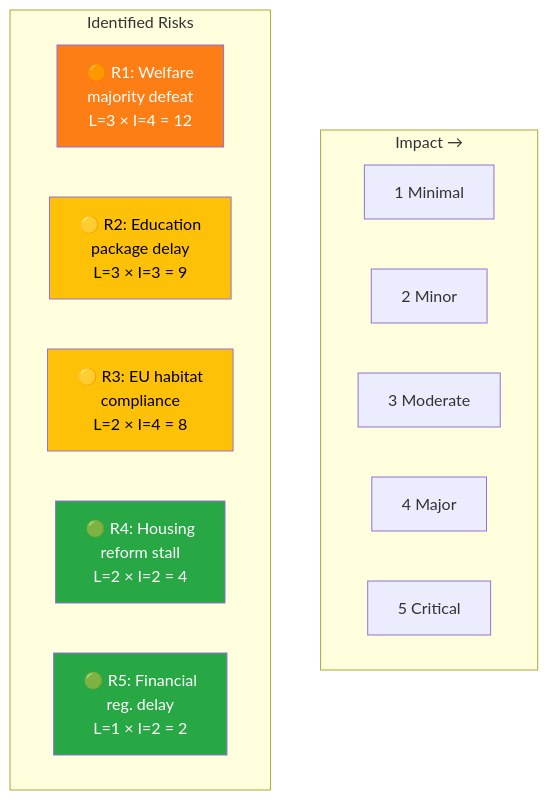
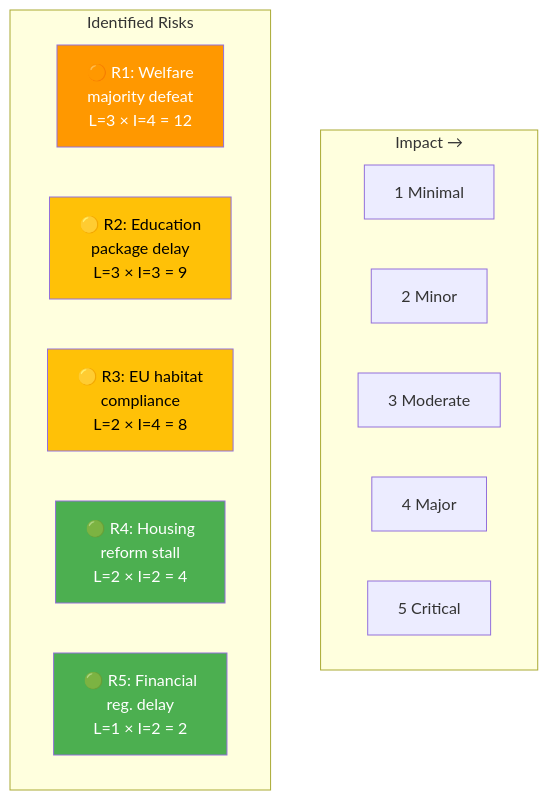
Before and after one commit to Hack23/riksdagsmonitor: the first of 3 diagrams in analysis/daily/2026-04-01/motions/risk-assessment.md, drawn with Mermaid. The commit also changed other lines of this file and 785 other files, not shown here.

First line of the commit message:
Normalize mermaid colors across 786 analysis artifacts to ISMS Style Guide palette

````diff
--- a/analysis/daily/2026-04-01/motions/risk-assessment.md
+++ b/analysis/daily/2026-04-01/motions/risk-assessment.md
@@ -18,23 +18,23 @@
 ```mermaid
 graph TD
     subgraph Impact["Impact →"]
         direction LR
         I1["1 Minimal"]
         I2["2 Minor"]
         I3["3 Moderate"]
         I4["4 Major"]
         I5["5 Critical"]
     end
     subgraph Risks["Identified Risks"]
         R1["🟠 R1: Welfare<br/>majority defeat<br/>L=3 × I=4 = 12"]
         R2["🟡 R2: Education<br/>package delay<br/>L=3 × I=3 = 9"]
         R3["🟡 R3: EU habitat<br/>compliance<br/>L=2 × I=4 = 8"]
         R4["🟢 R4: Housing<br/>reform stall<br/>L=2 × I=2 = 4"]
         R5["🟢 R5: Financial<br/>reg. delay<br/>L=1 × I=2 = 2"]
     end
-    style R1 fill:#fd7e14,color:#fff
-    style R2 fill:#ffc107,color:#000
-    style R3 fill:#ffc107,color:#000
-    style R4 fill:#28a745,color:#fff
-    style R5 fill:#28a745,color:#fff
+    style R1 fill:#FF9800,color:#FFFFFF
+    style R2 fill:#FFC107,color:#000000
+    style R3 fill:#FFC107,color:#000000
+    style R4 fill:#4CAF50,color:#FFFFFF
+    style R5 fill:#4CAF50,color:#FFFFFF
 ```
````
